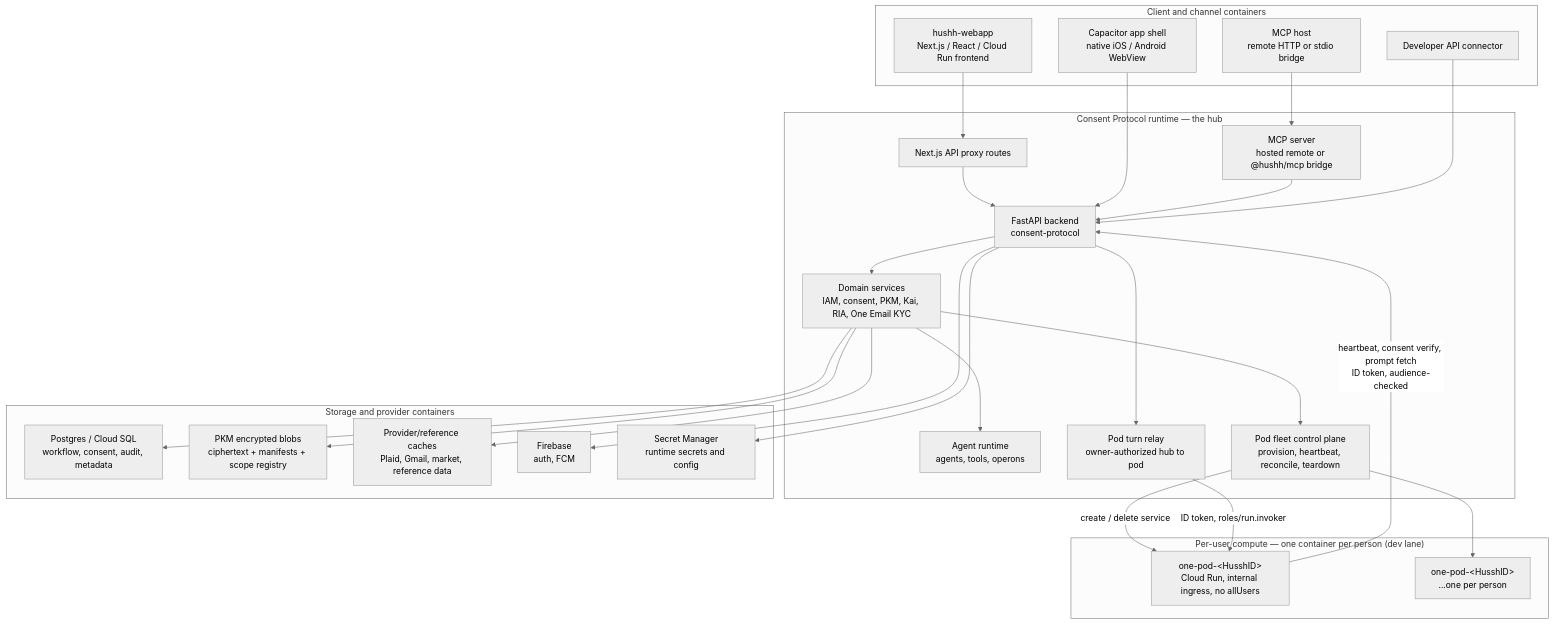
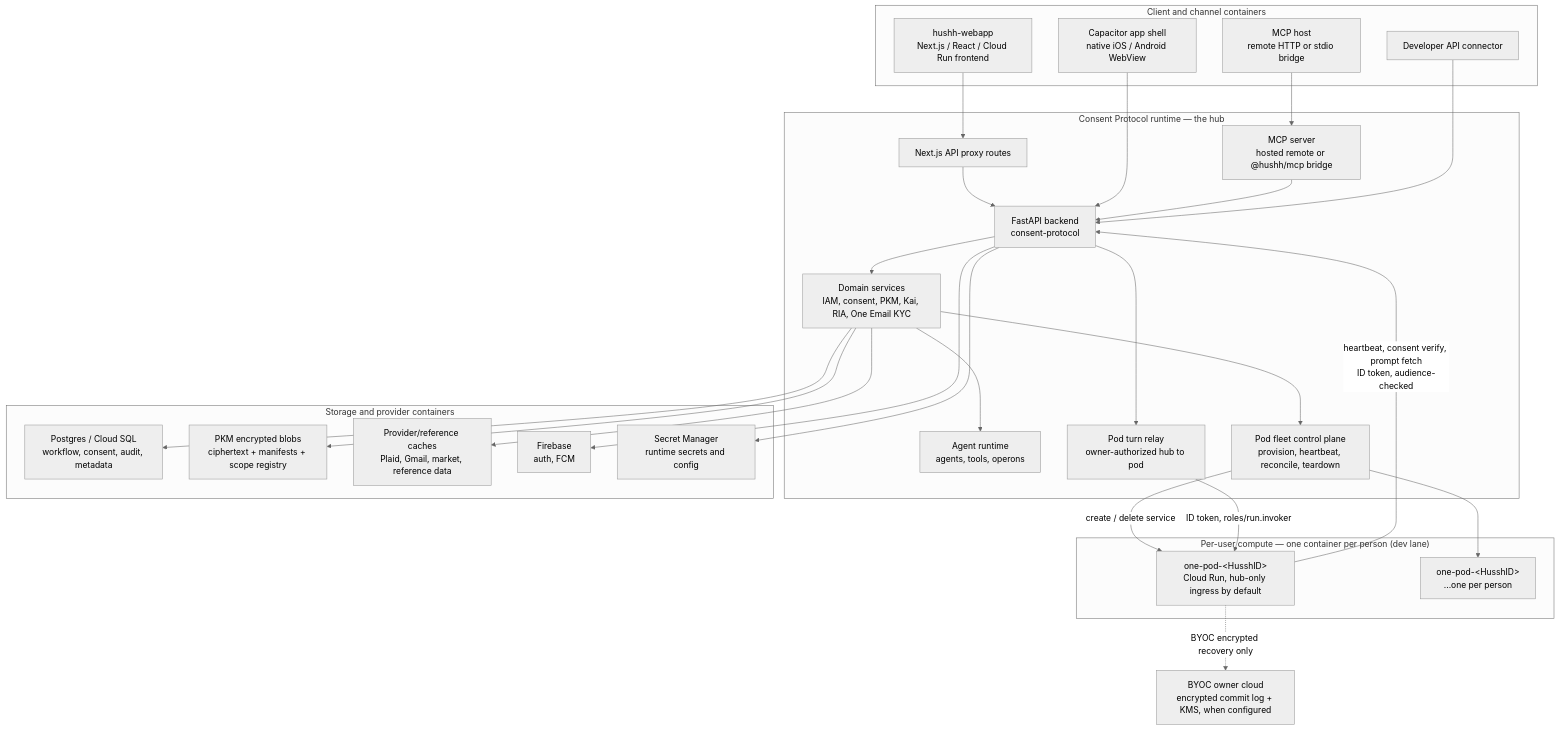
Before and after one commit to hushh-labs/hushh-research: the fourth of 14 diagrams in docs/reference/architecture/architecture-view-catalog.md, drawn with Mermaid (neutral theme). The commit also changed other lines of this file and 6 other files, not shown here.

Commit message:
docs: review founder and CTO architecture diagrams

````diff
--- a/docs/reference/architecture/architecture-view-catalog.md
+++ b/docs/reference/architecture/architecture-view-catalog.md
@@ -167,52 +173,57 @@
 ```mermaid
 flowchart TB
+  accTitle: Hussh runtime containers
+  accDescr: Frontend, hub, per-owner pods, and storage boundaries.
   subgraph clients["Client and channel containers"]
     web["hushh-webapp<br/>Next.js / React / Cloud Run frontend"]
     mobile["Capacitor app shell<br/>native iOS / Android WebView"]
     mcpClient["MCP host<br/>remote HTTP or stdio bridge"]
     devClient["Developer API connector"]
   end
 
   subgraph backend["Consent Protocol runtime — the hub"]
     nextProxy["Next.js API proxy routes"]
     fastapi["FastAPI backend<br/>consent-protocol"]
     mcpServer["MCP server<br/>hosted remote or @hushh/mcp bridge"]
     domainServices["Domain services<br/>IAM, consent, PKM, Kai, RIA, One Email KYC"]
     agents["Agent runtime<br/>agents, tools, operons"]
     fleet["Pod fleet control plane<br/>provision, heartbeat, reconcile, teardown"]
     relay["Pod turn relay<br/>owner-authorized hub to pod"]
   end
 
   subgraph pods["Per-user compute — one container per person (dev lane)"]
-    podA["one-pod-&lt;HusshID&gt;<br/>Cloud Run, internal ingress, no allUsers"]
+    podA["one-pod-&lt;HusshID&gt;<br/>Cloud Run, hub-only ingress by default"]
     podB["one-pod-&lt;HusshID&gt;<br/>...one per person"]
   end
+
+  ownerStore["BYOC owner cloud<br/>encrypted commit log + KMS, when configured"]
 
   subgraph data["Storage and provider containers"]
     relational["Postgres / Cloud SQL<br/>workflow, consent, audit, metadata"]
     encrypted["PKM encrypted blobs<br/>ciphertext + manifests + scope registry"]
     cache["Provider/reference caches<br/>Plaid, Gmail, market, reference data"]
     firebase["Firebase<br/>auth, FCM"]
     secrets["Secret Manager<br/>runtime secrets and config"]
   end
 
   web --> nextProxy --> fastapi
   mobile --> fastapi
   mcpClient --> mcpServer --> fastapi
   devClient --> fastapi
 
   fastapi --> domainServices
   domainServices --> agents
   domainServices --> relational
   domainServices --> encrypted
   domainServices --> cache
   fastapi --> firebase
   fastapi --> secrets
 
   domainServices --> fleet
   fleet -->|"create / delete service"| podA
   fleet --> podB
   fastapi --> relay
   relay -->|"ID token, roles/run.invoker"| podA
   podA -->|"heartbeat, consent verify, prompt fetch<br/>ID token, audience-checked"| fastapi
+  podA -.->|"BYOC encrypted recovery only"| ownerStore
 ```
````
